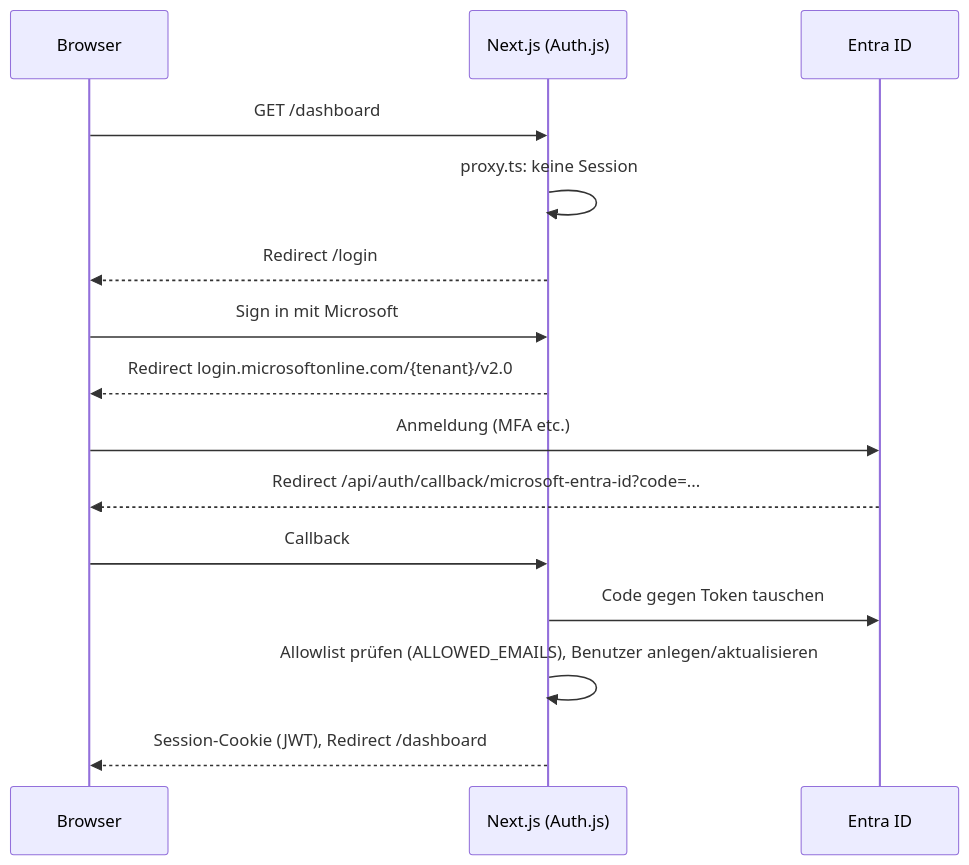
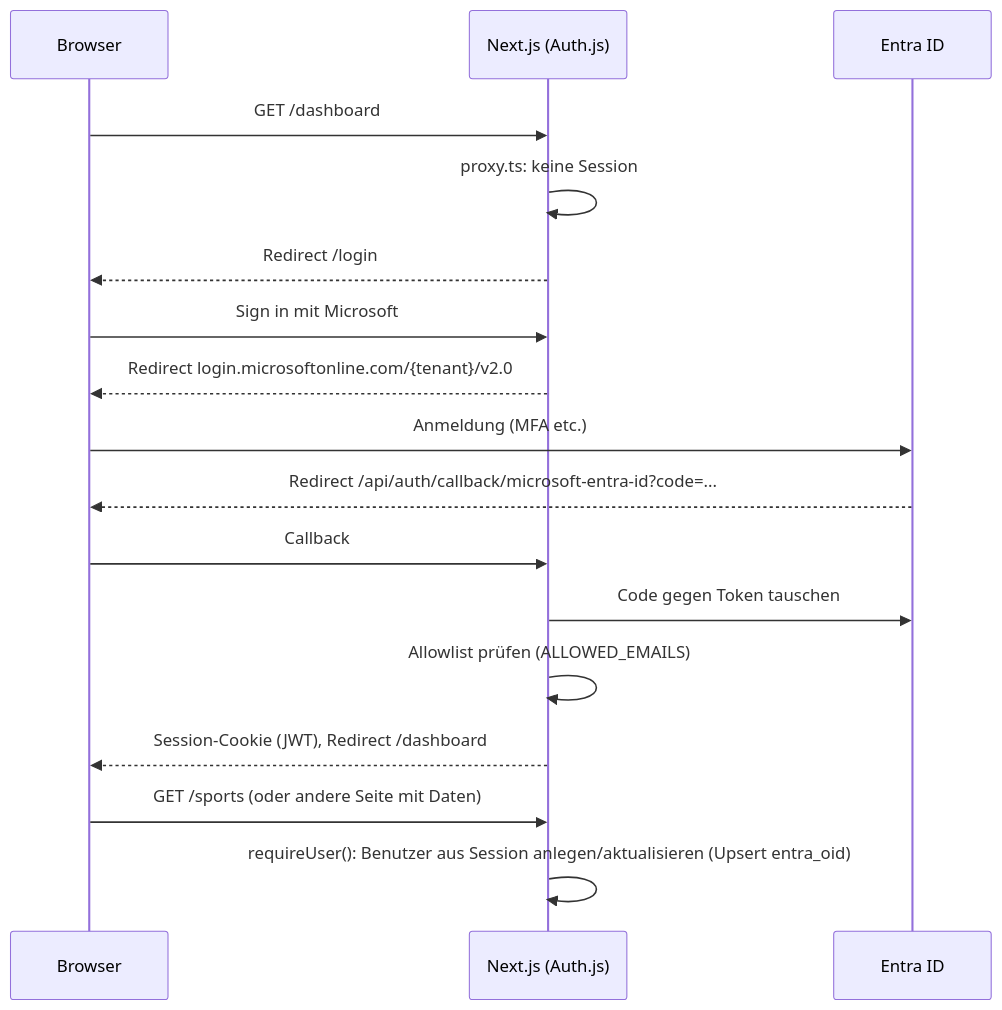
The third of 6 diagrams in docs/02-architektur.md (NeuhausD/trainingscoach), drawn with Mermaid before and after one commit. The commit also changed other lines of this file and 30 other files, not shown here.

````diff
--- a/docs/02-architektur.md
+++ b/docs/02-architektur.md
@@ -108,17 +111,19 @@
 ```mermaid
 sequenceDiagram
     participant B as Browser
     participant A as Next.js (Auth.js)
     participant E as Entra ID
     B->>A: GET /dashboard
     A->>A: proxy.ts: keine Session
     A-->>B: Redirect /login
     B->>A: Sign in mit Microsoft
     A-->>B: Redirect login.microsoftonline.com/{tenant}/v2.0
     B->>E: Anmeldung (MFA etc.)
     E-->>B: Redirect /api/auth/callback/microsoft-entra-id?code=...
     B->>A: Callback
     A->>E: Code gegen Token tauschen
-    A->>A: Allowlist prüfen (ALLOWED_EMAILS), Benutzer anlegen/aktualisieren
+    A->>A: Allowlist prüfen (ALLOWED_EMAILS)
     A-->>B: Session-Cookie (JWT), Redirect /dashboard
+    B->>A: GET /sports (oder andere Seite mit Daten)
+    A->>A: requireUser(): Benutzer aus Session anlegen/aktualisieren (Upsert entra_oid)
 ```
````
